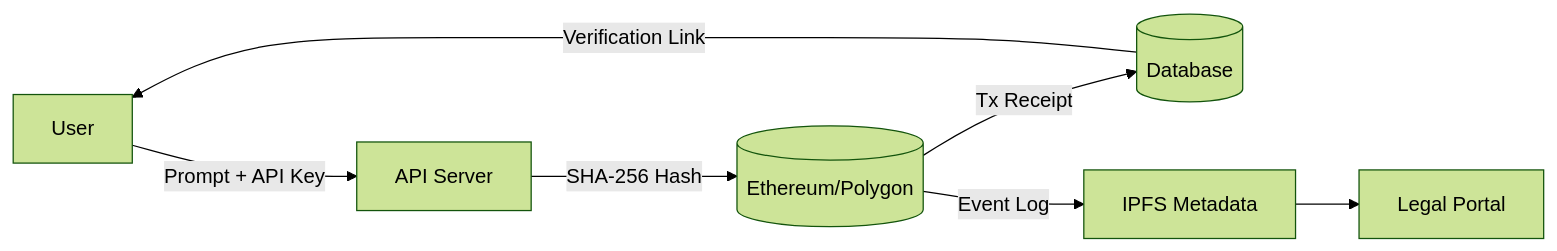
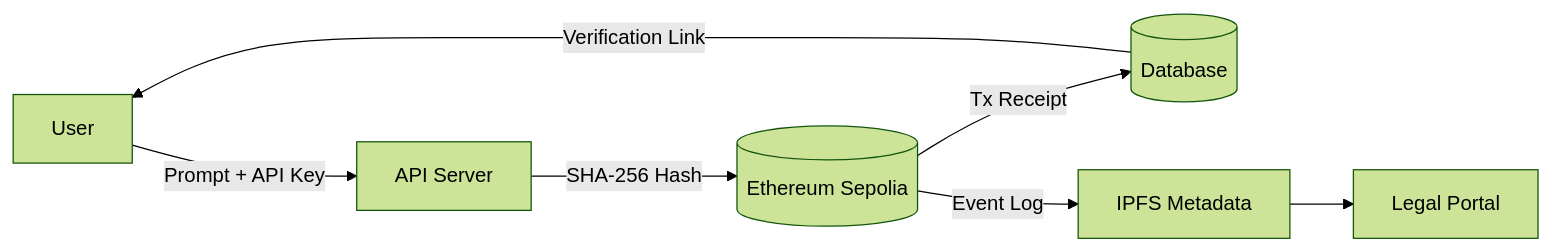
The diagram in README.md (jondevcodes/proof-of-prompt3), drawn with Mermaid (forest theme) before and after one commit. The commit also changed other lines of this file, not shown here.

````diff
--- a/README.md
+++ b/README.md
@@ -117,9 +260,9 @@
 ```mermaid
 flowchart LR
     User -->|Prompt + API Key| API[API Server]
-    API -->|SHA-256 Hash| Blockchain[(Ethereum/Polygon)]
+    API -->|SHA-256 Hash| Blockchain[(Ethereum Sepolia)]
     Blockchain -->|Tx Receipt| DB[(Database)]
     DB -->|Verification Link| User
     Blockchain -->|Event Log| IPFS[IPFS Metadata]
     IPFS --> Legal[Legal Portal]
 ```
````
